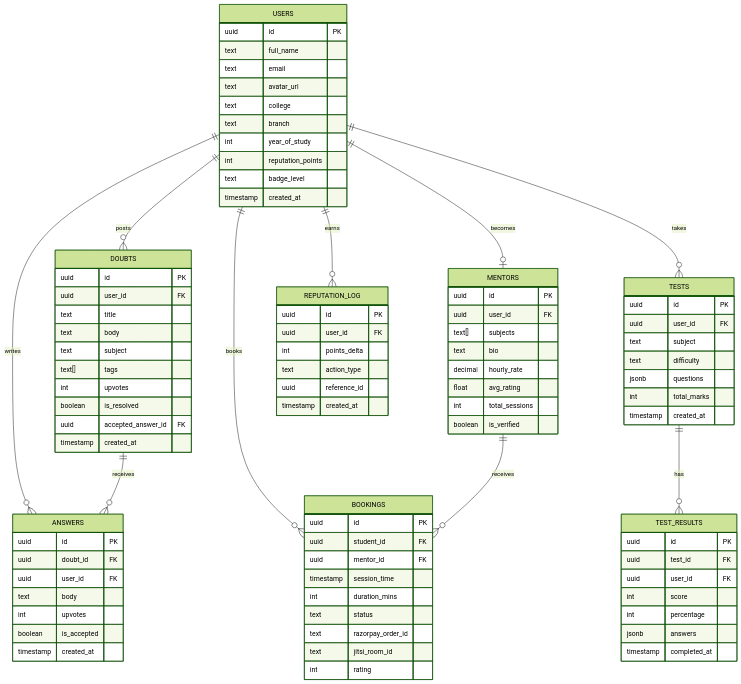
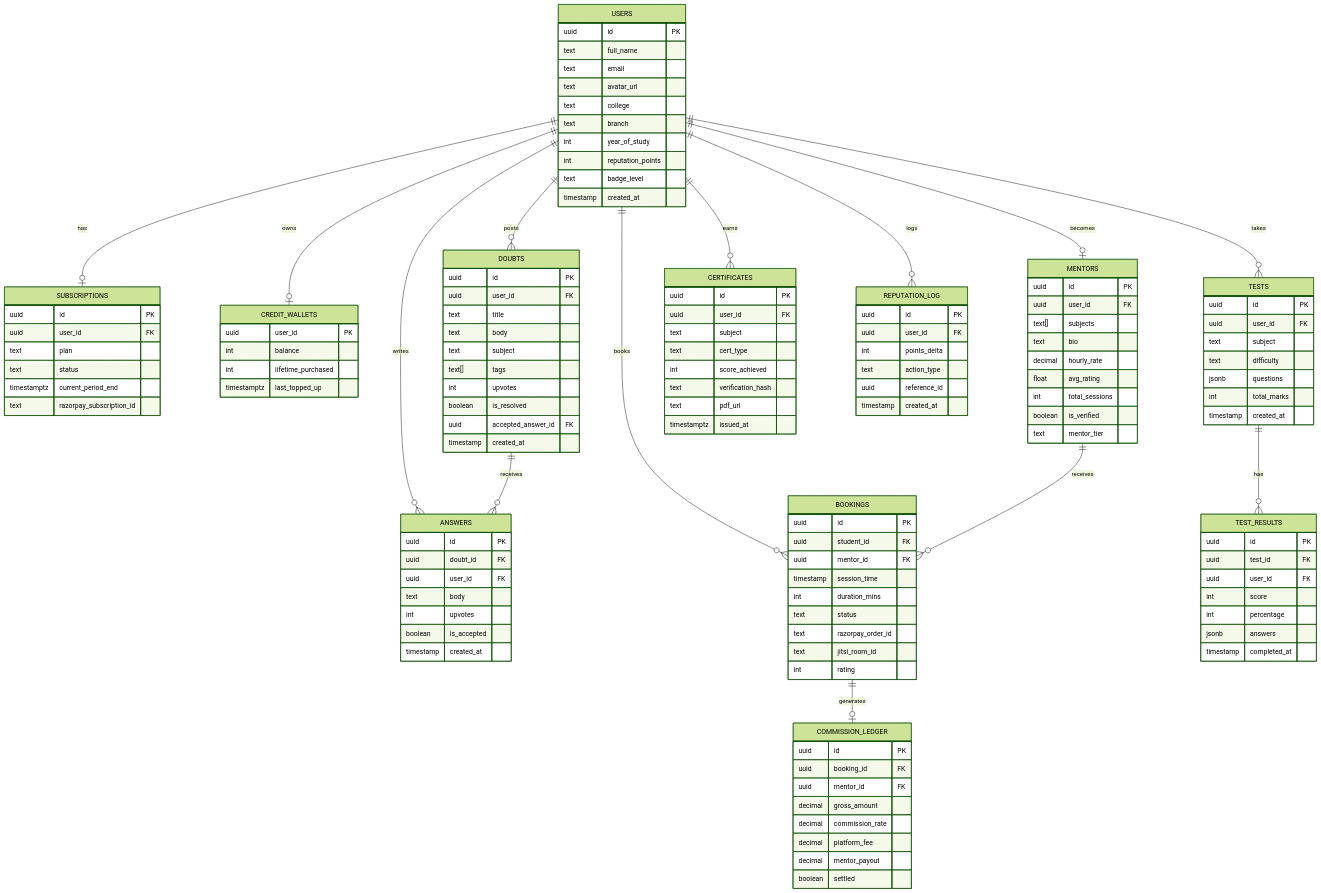
Before and after one commit to ayushjhaa1187-spec/DEV_FUSION: the seventh of 7 diagrams in README.md, drawn with Mermaid (forest theme). The commit also changed other lines of this file, not shown here.

````diff
--- a/README.md
+++ b/README.md
@@ -436,6 +752,22 @@
         int reputation_points
         text badge_level
         timestamp created_at
+    }
+
+    SUBSCRIPTIONS {
+        uuid id PK
+        uuid user_id FK
+        text plan
+        text status
+        timestamptz current_period_end
+        text razorpay_subscription_id
+    }
+
+    CREDIT_WALLETS {
+        uuid user_id PK
+        int balance
+        int lifetime_purchased
+        timestamptz last_topped_up
     }
 
     DOUBTS {
@@ -470,6 +802,7 @@
         float avg_rating
         int total_sessions
         boolean is_verified
+        text mentor_tier
     }
 
     BOOKINGS {
@@ -482,6 +815,17 @@
         text razorpay_order_id
         text jitsi_room_id
         int rating
+    }
+
+    COMMISSION_LEDGER {
+        uuid id PK
+        uuid booking_id FK
+        uuid mentor_id FK
+        decimal gross_amount
+        decimal commission_rate
+        decimal platform_fee
+        decimal mentor_payout
+        boolean settled
     }
 
     TESTS {
@@ -504,6 +848,17 @@
         timestamp completed_at
     }
 
+    CERTIFICATES {
+        uuid id PK
+        uuid user_id FK
+        text subject
+        text cert_type
+        int score_achieved
+        text verification_hash
+        text pdf_url
+        timestamptz issued_at
+    }
+
     REPUTATION_LOG {
         uuid id PK
         uuid user_id FK
@@ -515,11 +870,15 @@
 
     USERS ||--o{ DOUBTS : "posts"
     USERS ||--o{ ANSWERS : "writes"
+    USERS ||--o| SUBSCRIPTIONS : "has"
+    USERS ||--o| CREDIT_WALLETS : "owns"
     DOUBTS ||--o{ ANSWERS : "receives"
     USERS ||--o| MENTORS : "becomes"
     USERS ||--o{ BOOKINGS : "books"
     MENTORS ||--o{ BOOKINGS : "receives"
+    BOOKINGS ||--o| COMMISSION_LEDGER : "generates"
     USERS ||--o{ TESTS : "takes"
     TESTS ||--o{ TEST_RESULTS : "has"
-    USERS ||--o{ REPUTATION_LOG : "earns"
+    USERS ||--o{ CERTIFICATES : "earns"
+    USERS ||--o{ REPUTATION_LOG : "logs"
 ```
````
